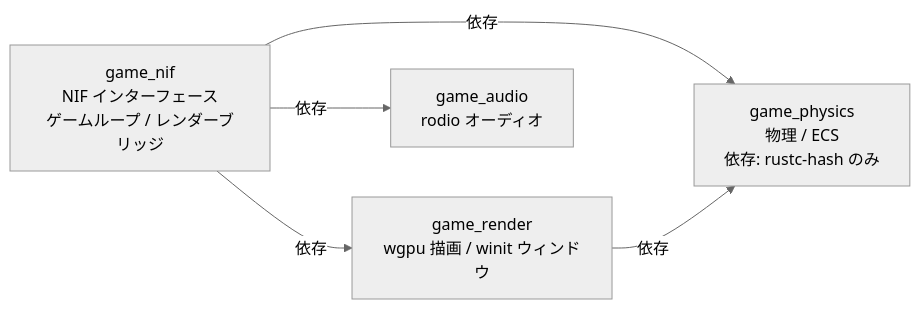
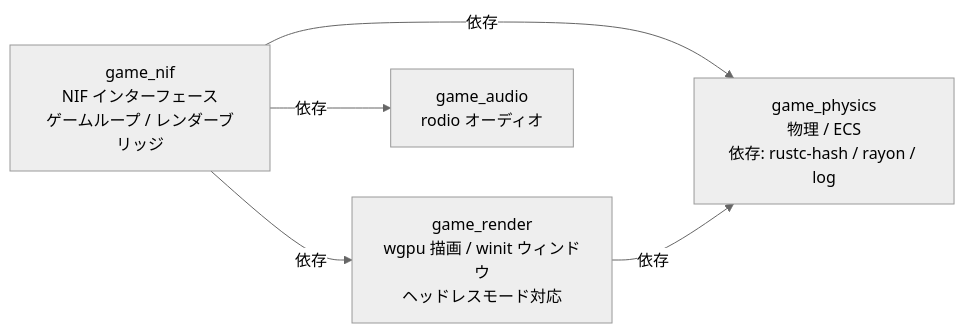
One commit to FRICK-ELDY/alchemy-engine changed the first of 12 diagrams in docs/rust-layer.md. Above: the diagram before and after it, drawn with Mermaid (neutral theme). The commit also changed other lines of this file and 4 other files, not shown here.

````diff
--- a/docs/rust-layer.md
+++ b/docs/rust-layer.md
@@ -11,12 +11,12 @@
 ```mermaid
 graph LR
     GN[game_nif<br/>NIF インターフェース<br/>ゲームループ / レンダーブリッジ]
-    GS[game_physics<br/>物理 / ECS<br/>依存: rustc-hash のみ]
-    GR[game_render<br/>wgpu 描画 / winit ウィンドウ]
+    GS[game_physics<br/>物理 / ECS<br/>依存: rustc-hash / rayon / log]
+    GR[game_render<br/>wgpu 描画 / winit ウィンドウ<br/>ヘッドレスモード対応]
     GA[game_audio<br/>rodio オーディオ]
 
     GN -->|依存| GS
     GN -->|依存| GR
     GN -->|依存| GA
     GR -->|依存| GS
 ```
````
